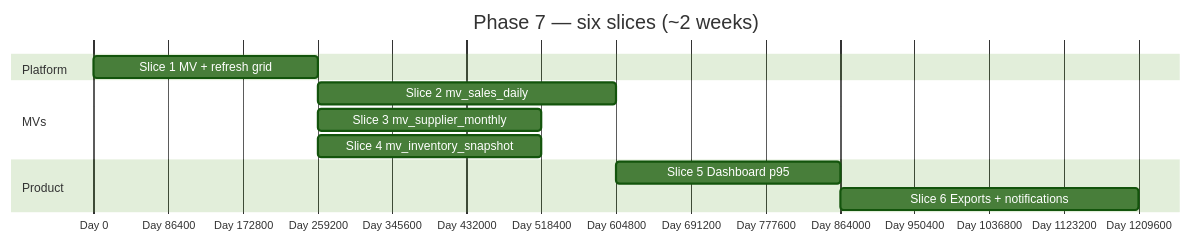
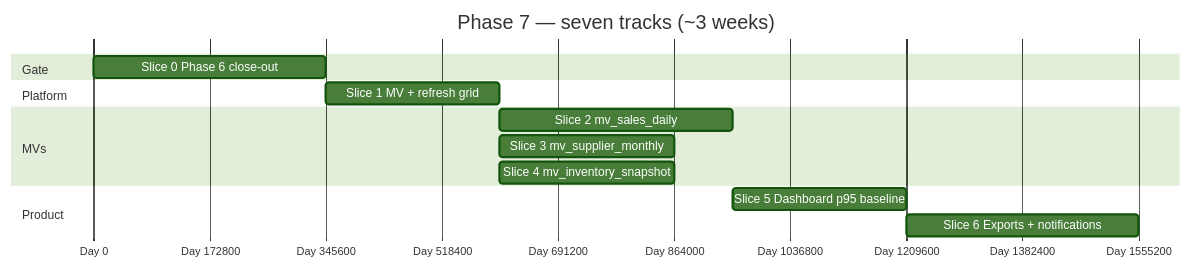
Before and after one commit to aminofabian/ub: the diagram in docs/PHASE_7_PLAN.md, drawn with Mermaid (forest theme). The commit also changed other lines of this file and 214 other files, not shown here.

````diff
--- a/docs/PHASE_7_PLAN.md
+++ b/docs/PHASE_7_PLAN.md
@@ -117,16 +142,18 @@
 ```mermaid
 gantt
-    title Phase 7 — six slices (~2 weeks)
+    title Phase 7 — seven tracks (~3 weeks)
     dateFormat  X
     axisFormat  Day %s
 
+    section Gate
+    Slice 0 Phase 6 close-out      :e0, 0, 4d
     section Platform
-    Slice 1 MV + refresh grid       :e1, 0, 3d
+    Slice 1 MV + refresh grid       :e1, after e0, 3d
     section MVs
     Slice 2 mv_sales_daily         :e2, after e1, 4d
     Slice 3 mv_supplier_monthly      :e3, after e1, 3d
     Slice 4 mv_inventory_snapshot    :e4, after e1, 3d
     section Product
-    Slice 5 Dashboard p95            :e5, after e2, 3d
+    Slice 5 Dashboard p95 baseline   :e5, after e2, 3d
     Slice 6 Exports + notifications  :e6, after e5, 4d
 ```
````
